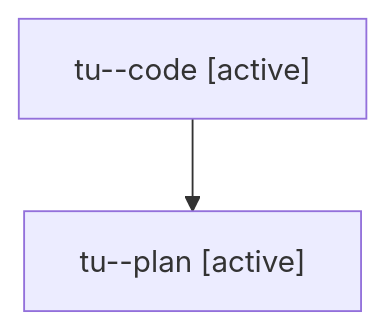
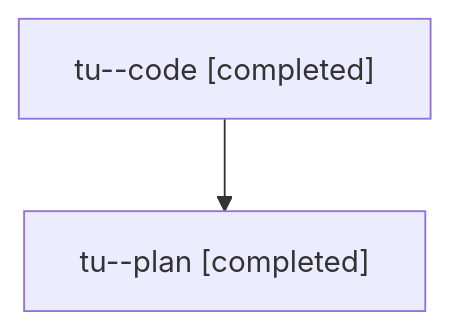
One commit to bobs-org/bob-cli--agents changed the diagram in families/bbugyi200.athena.tu.md. Above: the diagram before and after it, drawn with Mermaid. The commit also changed other lines of this file and 35 other files, not shown here.

````diff
--- a/families/bbugyi200.athena.tu.md
+++ b/families/bbugyi200.athena.tu.md
@@ -9,6 +9,6 @@
 ```mermaid
 flowchart TD
-  n0["tu--code [active]"]
-  n1["tu--plan [active]"]
+  n0["tu--code [completed]"]
+  n1["tu--plan [completed]"]
   n0 --> n1
 ```
````
